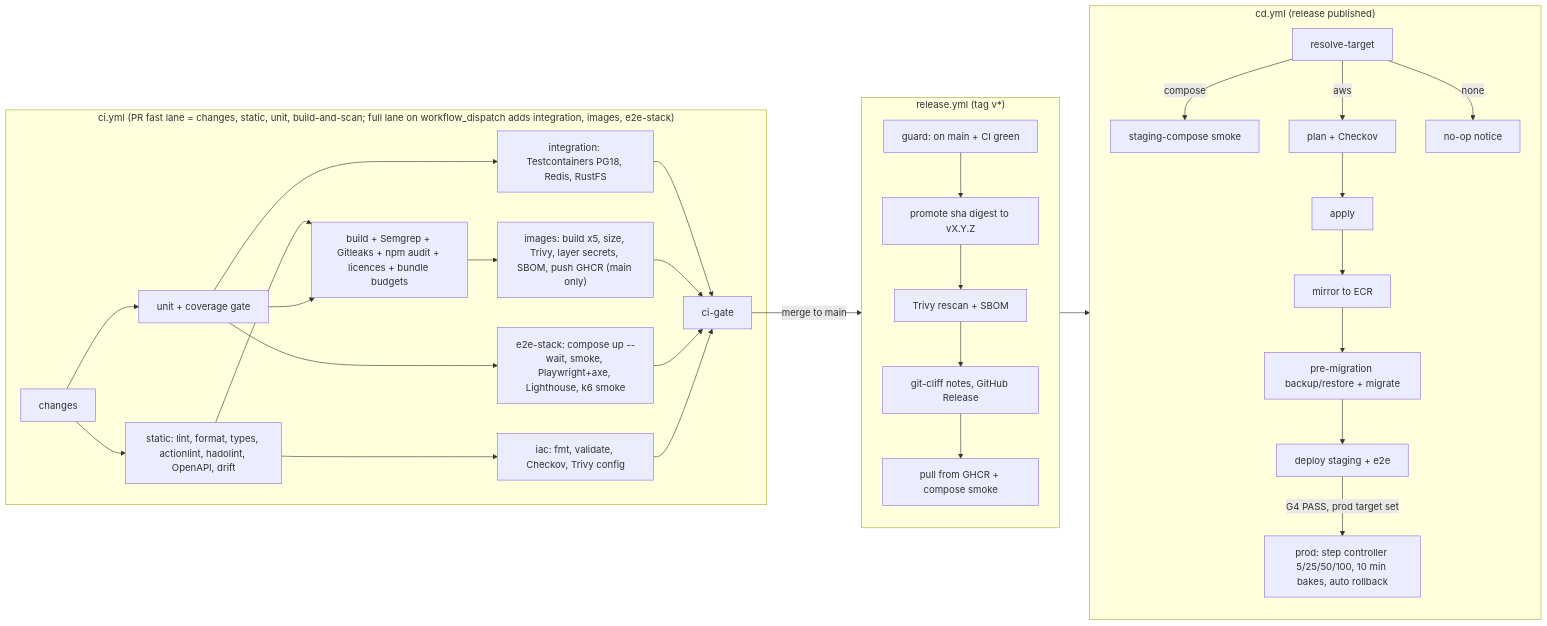
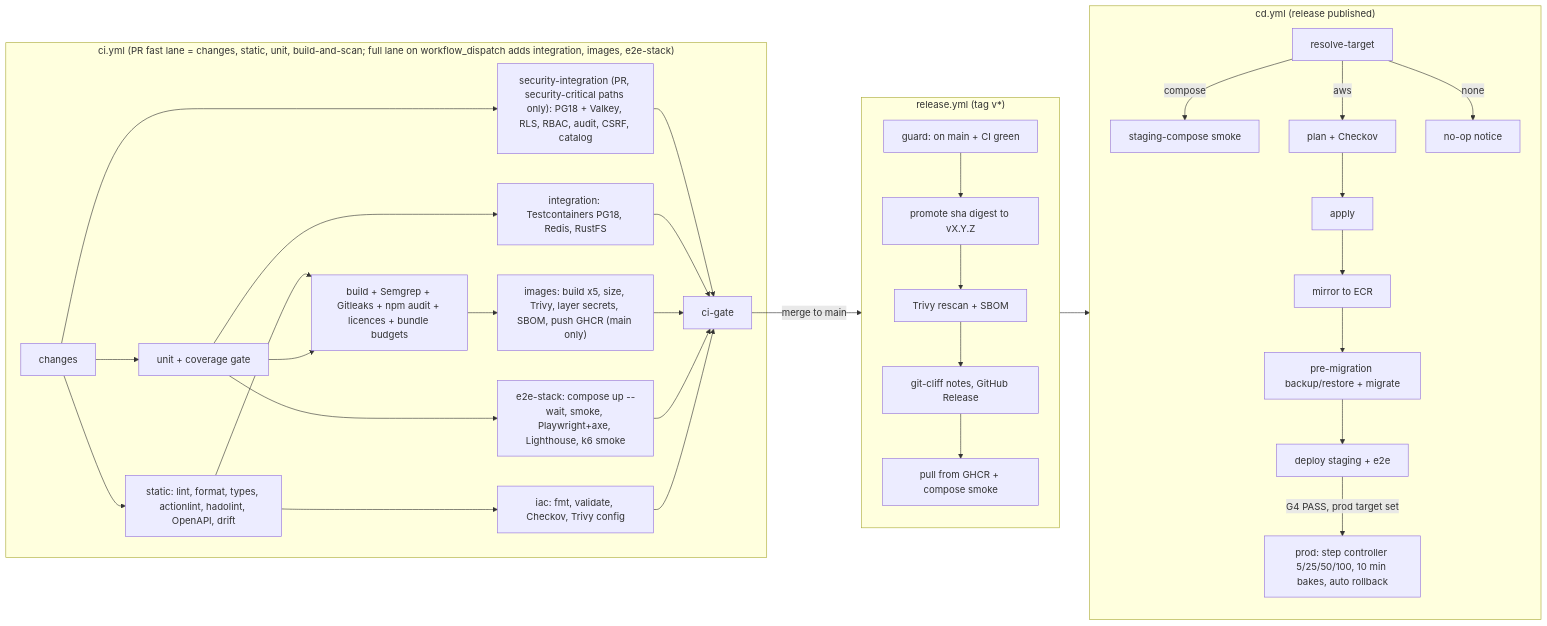
The fourth of 4 diagrams in docs/03-architecture/platform.md (sukhchdit/shipcube), drawn with Mermaid before and after one commit. The commit also changed other lines of this file and 44 other files, not shown here.

First line of the commit message:
docs(architecture): remediate P3 security findings SEC-P3-01..04 and Mediums

````diff
--- a/docs/03-architecture/platform.md
+++ b/docs/03-architecture/platform.md
@@ -850,28 +918,30 @@
 ```mermaid
 flowchart LR
   subgraph CI["ci.yml (PR fast lane = changes, static, unit, build-and-scan; full lane on workflow_dispatch adds integration, images, e2e-stack)"]
     CH[changes] --> ST[static: lint, format, types, actionlint, hadolint, OpenAPI, drift]
     CH --> UN[unit + coverage gate]
     UN --> IT[integration: Testcontainers PG18, Redis, RustFS]
     ST --> BS[build + Semgrep + Gitleaks + npm audit + licences + bundle budgets]
     UN --> BS
     ST --> IAC[iac: fmt, validate, Checkov, Trivy config]
     BS --> IMG["images: build x5, size, Trivy, layer secrets, SBOM, push GHCR (main only)"]
     UN --> E2E["e2e-stack: compose up --wait, smoke, Playwright+axe, Lighthouse, k6 smoke"]
+    CH --> SI["security-integration (PR, security-critical paths only): PG18 + Valkey, RLS, RBAC, audit, CSRF, catalog"]
+    SI --> GATE
     IT --> GATE[ci-gate]
     IMG --> GATE
     E2E --> GATE
     IAC --> GATE
   end
   subgraph REL["release.yml (tag v*)"]
     R1[guard: on main + CI green] --> R2[promote sha digest to vX.Y.Z] --> R3[Trivy rescan + SBOM] --> R4[git-cliff notes, GitHub Release] --> R5[pull from GHCR + compose smoke]
   end
   subgraph CD["cd.yml (release published)"]
     T[resolve-target] -->|compose| SC[staging-compose smoke]
     T -->|aws| P[plan + Checkov] --> A[apply] --> M[mirror to ECR] --> MG[pre-migration backup/restore + migrate] --> DS[deploy staging + e2e]
     DS -->|"G4 PASS, prod target set"| DP["prod: step controller 5/25/50/100, 10 min bakes, auto rollback"]
     T -->|none| N[no-op notice]
   end
   GATE -->|"merge to main"| REL
   REL --> CD
 ```
````
